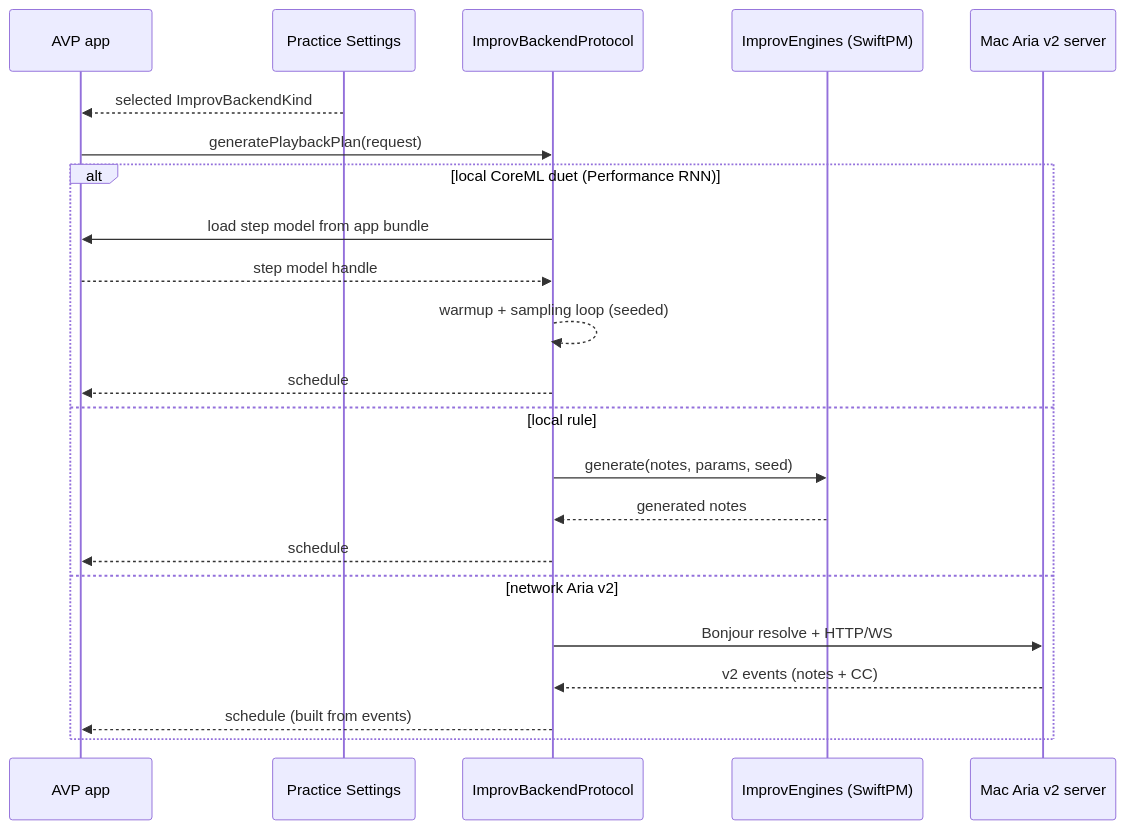
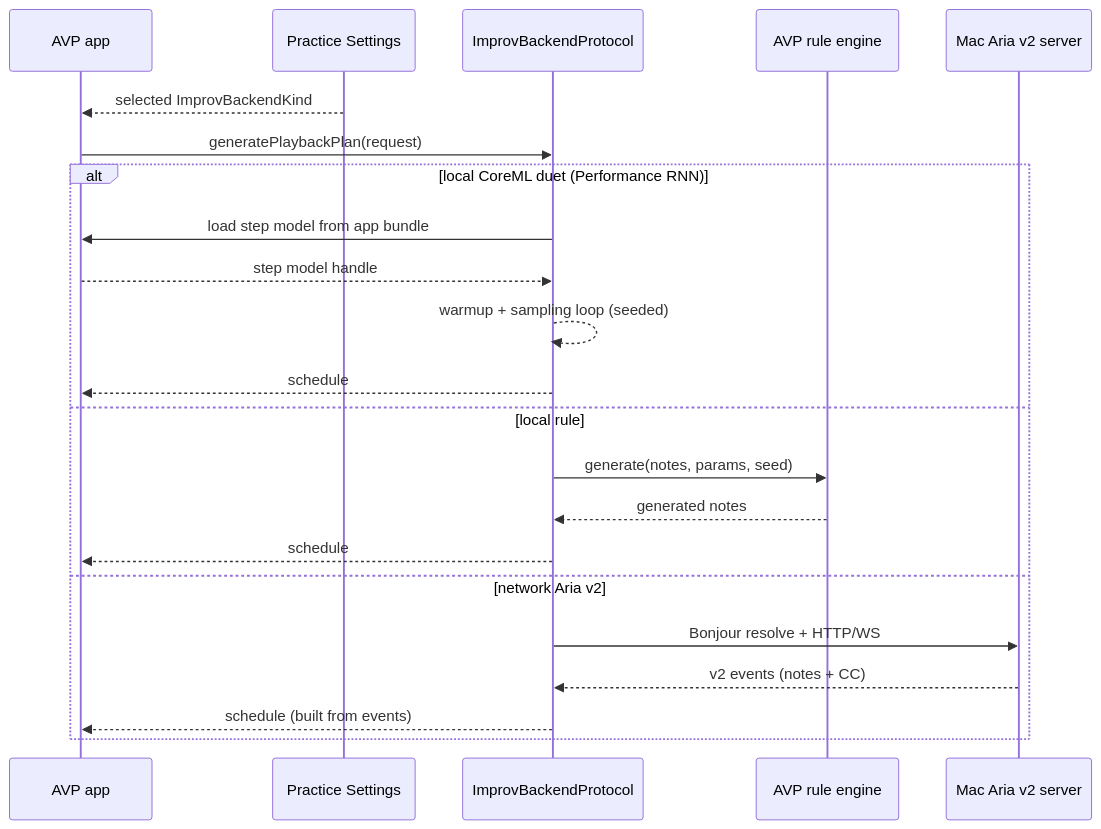
The fourth of 4 diagrams in docs/data-flow.md (chiimagnus/Amoroso), drawn with Mermaid before and after one commit. The commit also changed other lines of this file and 47 other files, not shown here.

Commit message:
refactor: inline improv engines into AVP

````diff
--- a/docs/data-flow.md
+++ b/docs/data-flow.md
@@ -112,25 +112,25 @@
 ```mermaid
 sequenceDiagram
   participant AVP as AVP app
   participant Settings as Practice Settings
   participant Backend as ImprovBackendProtocol
-  participant Engines as ImprovEngines (SwiftPM)
+  participant Engines as AVP rule engine
   participant Aria as Mac Aria v2 server
 
   Settings-->>AVP: selected ImprovBackendKind
   AVP->>Backend: generatePlaybackPlan(request)
   alt local CoreML duet (Performance RNN)
     Backend->>AVP: load step model from app bundle
     AVP-->>Backend: step model handle
     Backend-->>Backend: warmup + sampling loop (seeded)
     Backend-->>AVP: schedule
   else local rule
     Backend->>Engines: generate(notes, params, seed)
     Engines-->>Backend: generated notes
     Backend-->>AVP: schedule
   else network Aria v2
     Backend->>Aria: Bonjour resolve + HTTP/WS
     Aria-->>Backend: v2 events (notes + CC)
     Backend-->>AVP: schedule (built from events)
   end
 ```
````
